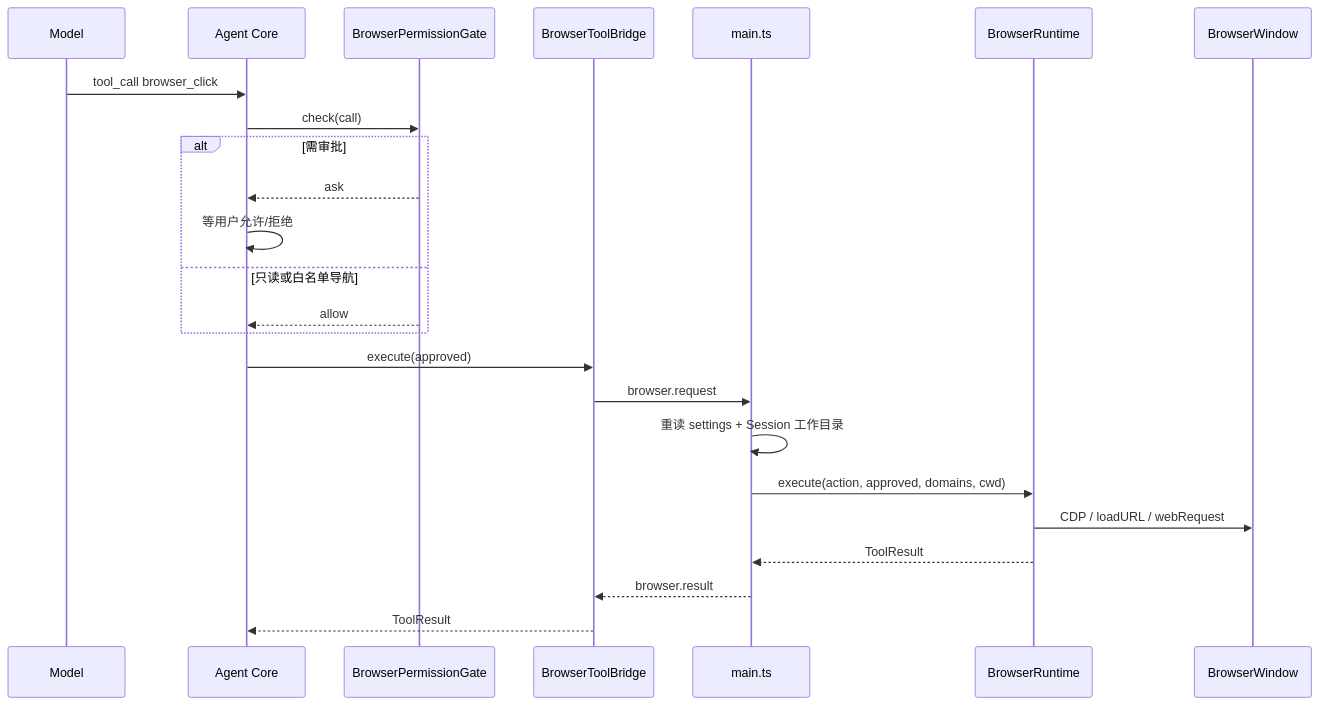
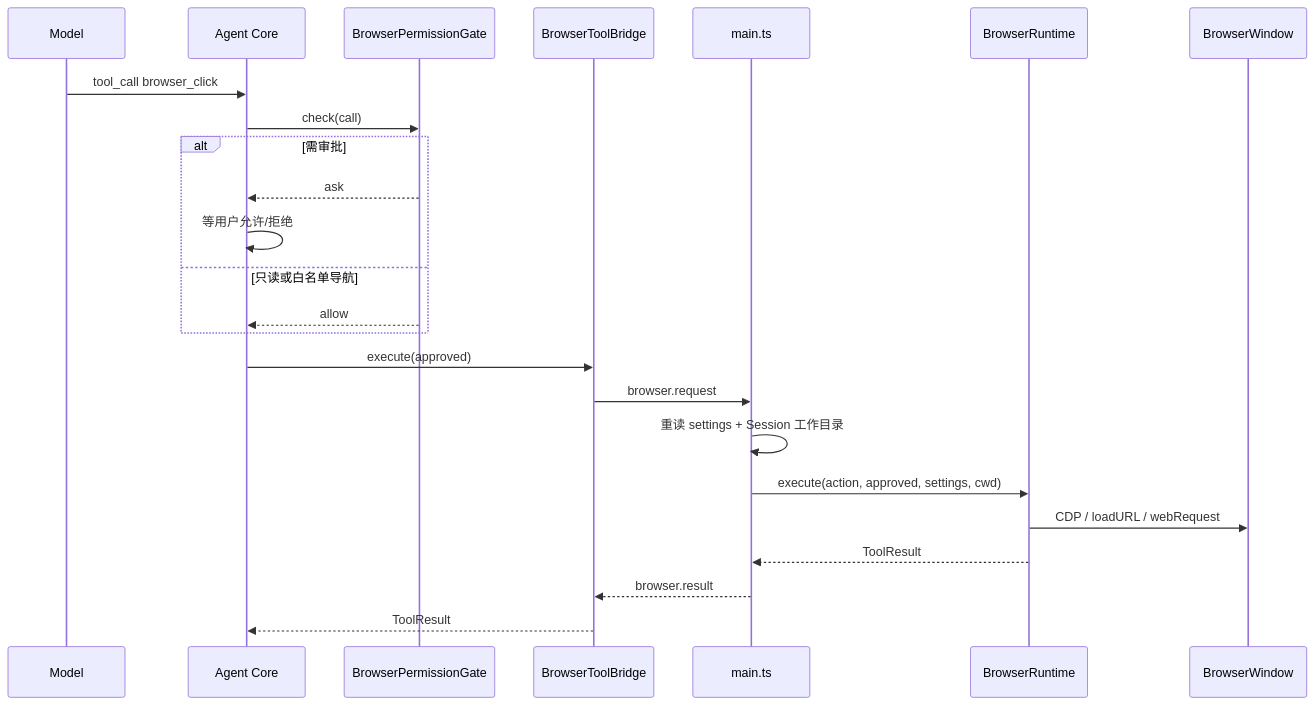
One commit to zxt6991-source/jojo-agent changed the diagram in docs/technical-implementation/browser-rich-content.md. Above: the diagram before and after it, drawn with Mermaid. The commit also changed other lines of this file and 38 other files, not shown here.

````diff
--- a/docs/technical-implementation/browser-rich-content.md
+++ b/docs/technical-implementation/browser-rich-content.md
@@ -77,27 +82,27 @@
 ```mermaid
 sequenceDiagram
   participant Model
   participant Core as Agent Core
   participant Gate as BrowserPermissionGate
   participant Bridge as BrowserToolBridge
   participant Main as main.ts
   participant RT as BrowserRuntime
   participant Page as BrowserWindow
 
   Model->>Core: tool_call browser_click
   Core->>Gate: check(call)
   alt 需审批
     Gate-->>Core: ask
     Core->>Core: 等用户允许/拒绝
   else 只读或白名单导航
     Gate-->>Core: allow
   end
   Core->>Bridge: execute(approved)
   Bridge->>Main: browser.request
   Main->>Main: 重读 settings + Session 工作目录
-  Main->>RT: execute(action, approved, domains, cwd)
+  Main->>RT: execute(action, approved, settings, cwd)
   RT->>Page: CDP / loadURL / webRequest
   RT-->>Main: ToolResult
   Main-->>Bridge: browser.result
   Bridge-->>Core: ToolResult
 ```
````
